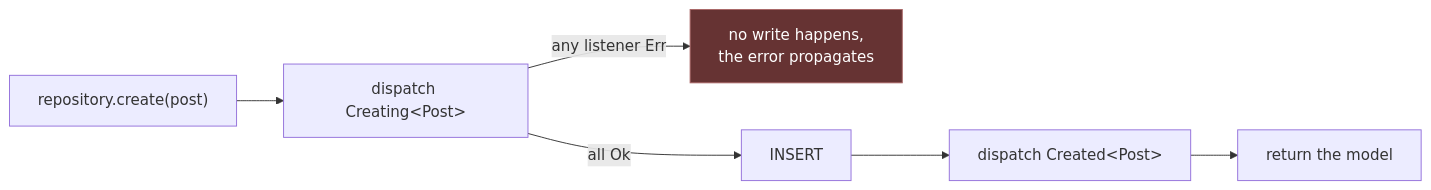
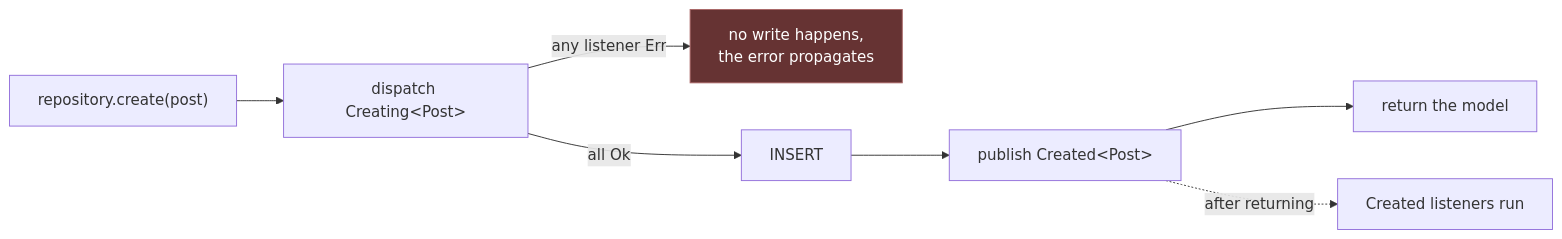
The diagram in docs/models.md (safewords/rainier-framework), drawn with Mermaid before and after one commit. The commit also changed other lines of this file and 112 other files, not shown here.

````diff
--- a/docs/models.md
+++ b/docs/models.md
@@ -362,10 +369,11 @@
 ```mermaid
 flowchart LR
     A["repository.create(post)"] --> B["dispatch Creating&lt;Post&gt;"]
     B -->|any listener Err| C[no write happens,<br/>the error propagates]
     B -->|all Ok| D[INSERT]
-    D --> E["dispatch Created&lt;Post&gt;"]
+    D --> E["publish Created&lt;Post&gt;"]
     E --> F[return the model]
+    E -.->|after returning| G[Created listeners run]
 
     style C fill:#633,stroke:#a66,color:#fff
 ```
````
